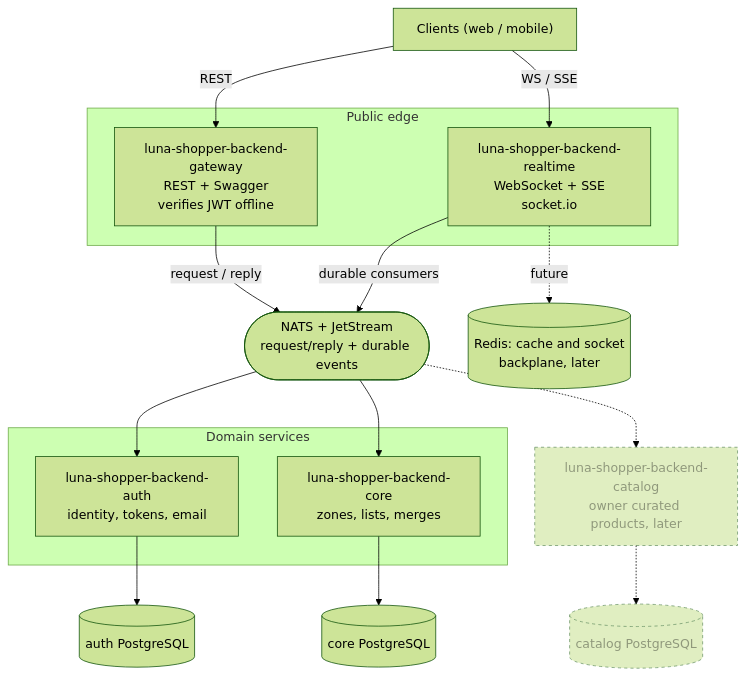
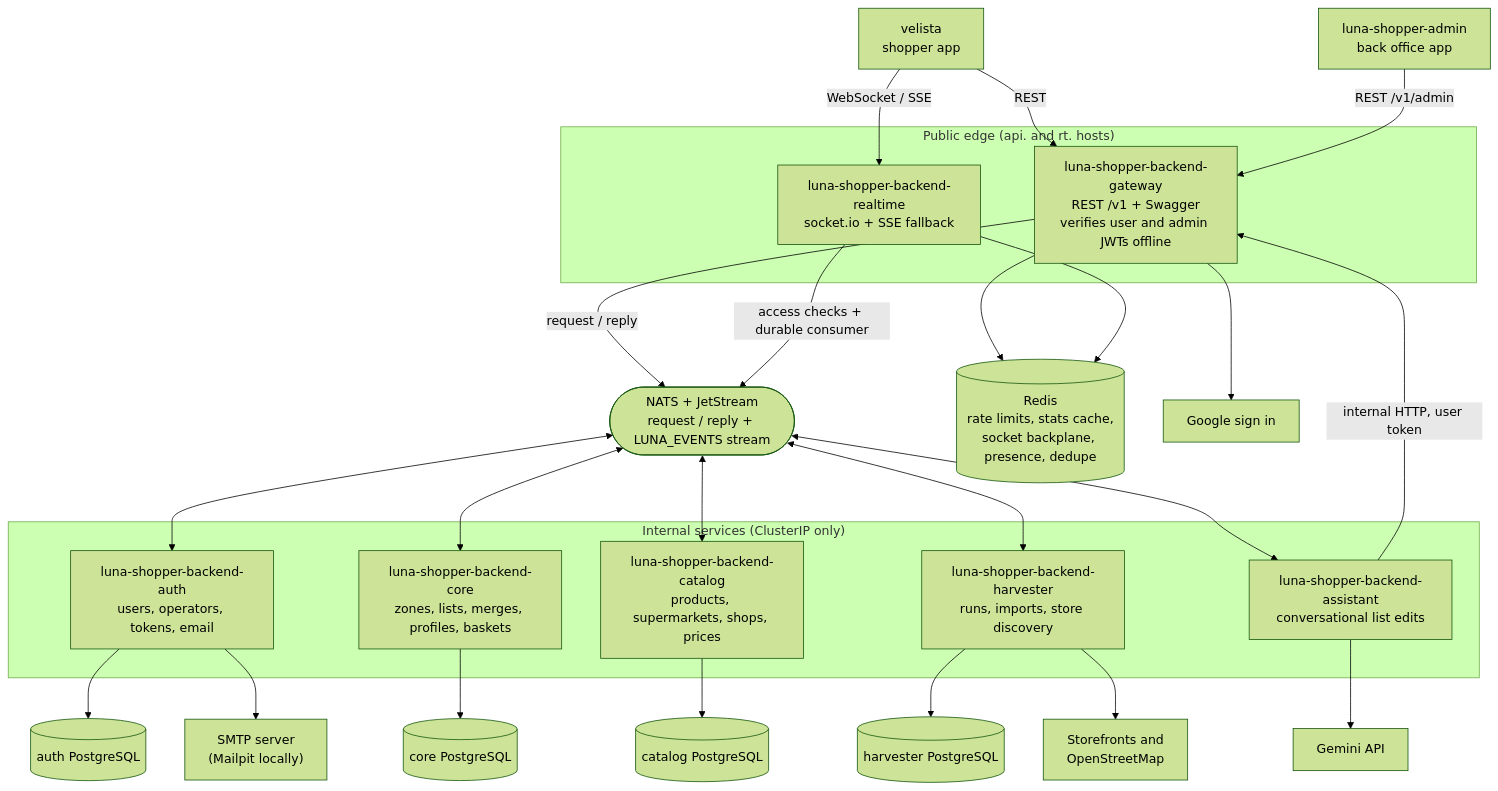
One commit to IchirokuXVI/nx-portfolio changed the first of 3 diagrams in apps/luna-shopper-backend/gateway/docs/architecture.md. Above: the diagram before and after it, drawn with Mermaid (forest theme). The commit also changed other lines of this file and 29 other files, not shown here.

First line of the commit message:
docs(luna,k8s,ci,tools,shell): the READMEs and backend docs match the code again

````diff
--- a/apps/luna-shopper-backend/gateway/docs/architecture.md
+++ b/apps/luna-shopper-backend/gateway/docs/architecture.md
@@ -11,37 +13,57 @@
 ```mermaid
 flowchart TB
-    client["Clients (web / mobile)"]
+    velista["velista<br/>shopper app"]
+    admin["luna-shopper-admin<br/>back office app"]
 
-    subgraph edge["Public edge"]
-        gateway["luna-shopper-backend-gateway<br/>REST + Swagger<br/>verifies JWT offline"]
-        realtime["luna-shopper-backend-realtime<br/>WebSocket + SSE<br/>socket.io"]
+    subgraph edge["Public edge (api. and rt. hosts)"]
+        gateway["luna-shopper-backend-gateway<br/>REST /v1 + Swagger<br/>verifies user and admin JWTs offline"]
+        realtime["luna-shopper-backend-realtime<br/>socket.io + SSE fallback"]
     end
 
-    broker(["NATS + JetStream<br/>request/reply + durable events"])
+    broker(["NATS + JetStream<br/>request / reply + LUNA_EVENTS stream"])
+    redis[("Redis<br/>rate limits, stats cache,<br/>socket backplane, presence, dedupe")]
 
-    subgraph domain["Domain services"]
-        auth["luna-shopper-backend-auth<br/>identity, tokens, email"]
-        core["luna-shopper-backend-core<br/>zones, lists, merges"]
+    subgraph domain["Internal services (ClusterIP only)"]
+        auth["luna-shopper-backend-auth<br/>users, operators, tokens, email"]
+        core["luna-shopper-backend-core<br/>zones, lists, merges, profiles, baskets"]
+        catalog["luna-shopper-backend-catalog<br/>products, supermarkets, shops, prices"]
+        harvester["luna-shopper-backend-harvester<br/>runs, imports, store discovery"]
+        assistant["luna-shopper-backend-assistant<br/>conversational list edits"]
     end
 
     authdb[("auth PostgreSQL")]
     coredb[("core PostgreSQL")]
-    redis[("Redis: cache and socket<br/>backplane, later")]
+    catalogdb[("catalog PostgreSQL")]
+    harvesterdb[("harvester PostgreSQL")]
 
-    client -->|"REST"| gateway
-    client -->|"WS / SSE"| realtime
+    smtp["SMTP server<br/>(Mailpit locally)"]
+    google["Google sign in"]
+    sources["Storefronts and<br/>OpenStreetMap"]
+    gemini["Gemini API"]
+
+    velista -->|"REST"| gateway
+    velista -->|"WebSocket / SSE"| realtime
+    admin -->|"REST /v1/admin"| gateway
+
     gateway -->|"request / reply"| broker
-    realtime -->|"durable consumers"| broker
-    broker --> auth
-    broker --> core
+    realtime -->|"access checks + durable consumer"| broker
+    gateway --> redis
+    realtime --> redis
+
+    broker <--> auth
+    broker <--> core
+    broker <--> catalog
+    broker <--> harvester
+    broker <--> assistant
+
     auth --> authdb
     core --> coredb
-    realtime -.->|"future"| redis
+    catalog --> catalogdb
+    harvester --> harvesterdb
 
-    catalog["luna-shopper-backend-catalog<br/>owner curated products, later"]:::future
-    catalogdb[("catalog PostgreSQL")]:::future
-    broker -.-> catalog
-    catalog -.-> catalogdb
-
-    classDef future opacity:0.6,stroke-dasharray:4;
+    auth --> smtp
+    gateway --> google
+    harvester --> sources
+    assistant --> gemini
+    assistant -->|"internal HTTP, user token"| gateway
 ```
````
